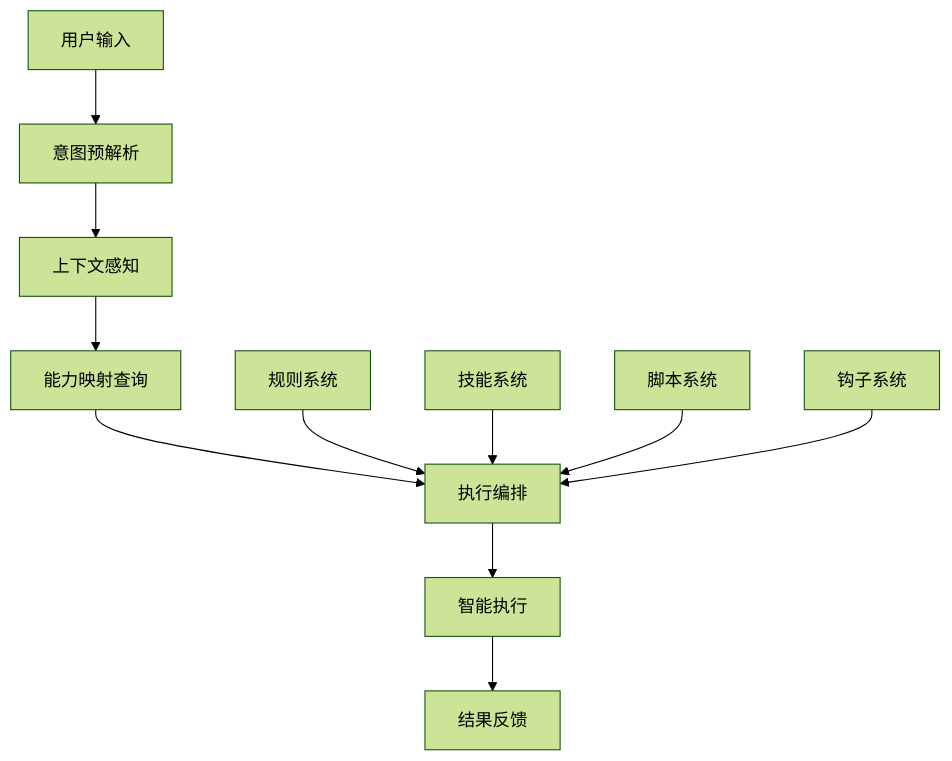
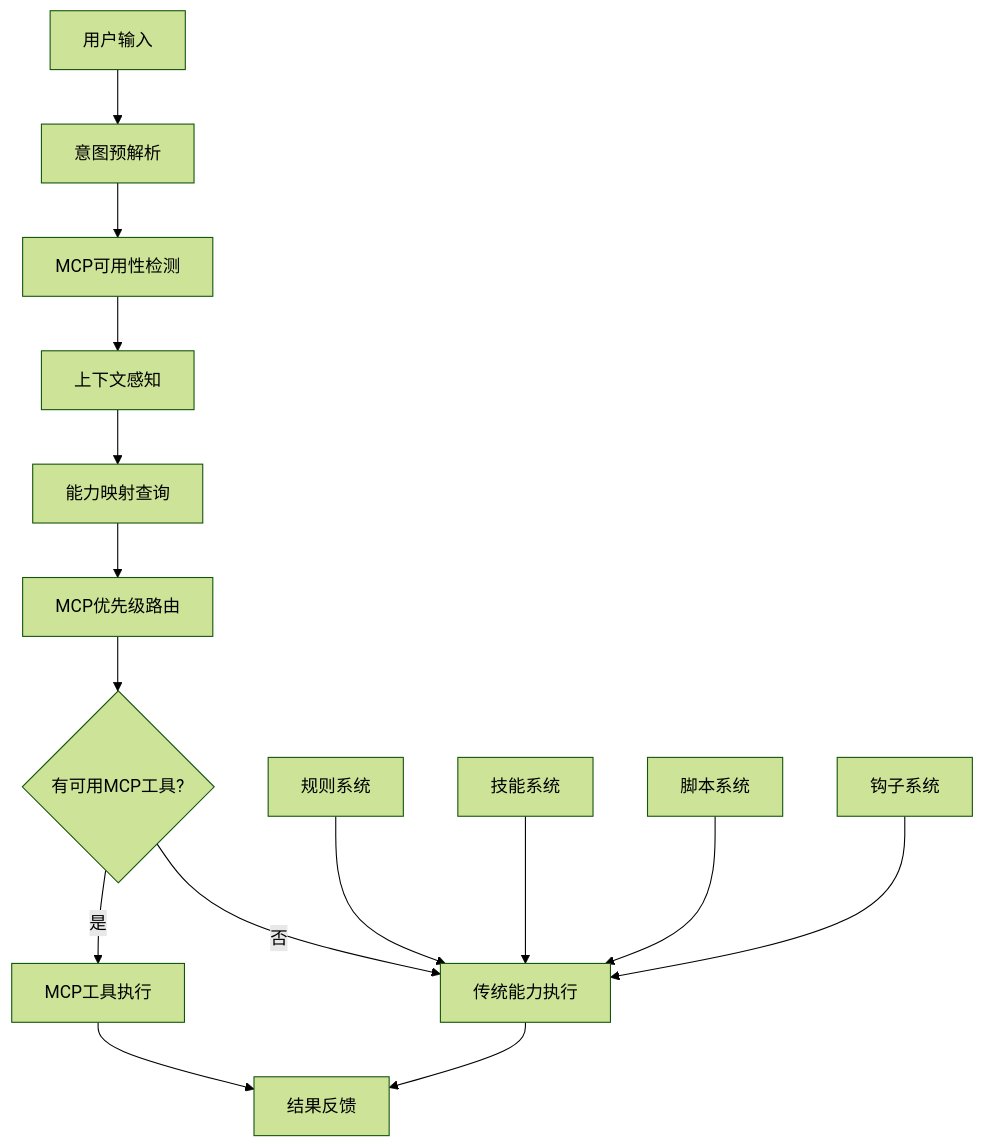
Before and after one commit to wangqiqi/cursor-ai-rules: the diagram in .cursor/commands/command-router.md, drawn with Mermaid (forest theme). The commit also changed other lines of this file and 4 other files, not shown here.

````diff
--- a/.cursor/commands/command-router.md
+++ b/.cursor/commands/command-router.md
@@ -17,14 +42,18 @@
 ```mermaid
 graph TD
     A[用户输入] --> B[意图预解析]
-    B --> C[上下文感知]
-    C --> D[能力映射查询]
-    D --> E[执行编排]
-    E --> F[智能执行]
-    F --> G[结果反馈]
+    B --> C[MCP可用性检测]
+    C --> D[上下文感知]
+    D --> E[能力映射查询]
+    E --> F[MCP优先级路由]
+    F --> G{有可用MCP工具?}
+    G -->|是| H[MCP工具执行]
+    G -->|否| I[传统能力执行]
+    H --> J[结果反馈]
+    I --> J
 
-    H[规则系统] --> E
-    I[技能系统] --> E
-    J[脚本系统] --> E
-    K[钩子系统] --> E
+    K[规则系统] --> I
+    L[技能系统] --> I
+    M[脚本系统] --> I
+    N[钩子系统] --> I
 ```
````
